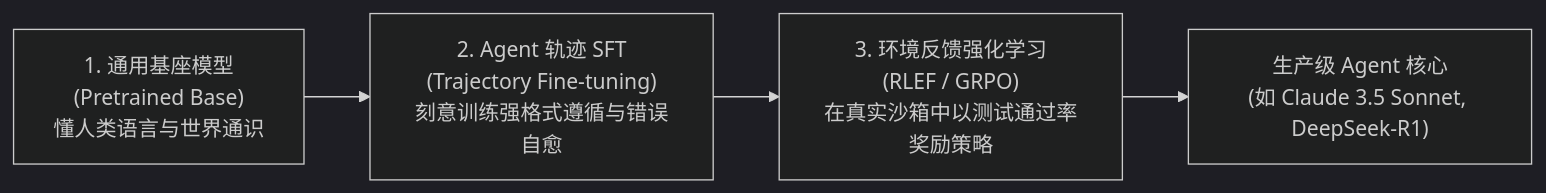
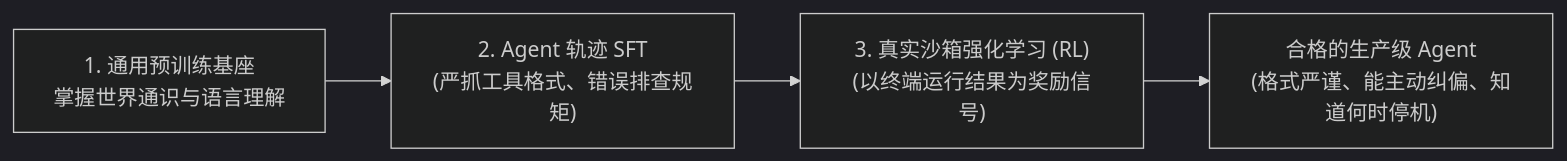
The third of 3 diagrams in app/ch08-post-training/01-why-general-models-fail-agents/page.mdx (ljh12138164/ai-agent-study), drawn with Mermaid (dark theme) before and after one commit. The commit also changed other lines of this file and 43 other files, not shown here.

````diff
--- a/app/ch08-post-training/01-why-general-models-fail-agents/page.mdx
+++ b/app/ch08-post-training/01-why-general-models-fail-agents/page.mdx
@@ -66,6 +71,7 @@
 ```mermaid
-graph LR
-    Base["1. 通用基座模型<br/>(Pretrained Base)<br/>懂人类语言与世界通识"] --> AgentSFT["2. Agent 轨迹 SFT<br/>(Trajectory Fine-tuning)<br/>刻意训练强格式遵循与错误自愈"]
-    AgentSFT --> AgentRL["3. 环境反馈强化学习<br/>(RLEF / GRPO)<br/>在真实沙箱中以测试通过率奖励策略"]
-    AgentRL --> Expert["生产级 Agent 核心<br/>(如 Claude 3.5 Sonnet, DeepSeek-R1)"]
+flowchart LR
+    Base["1. 通用预训练基座<br/>掌握世界通识与语言理解"] 
+    --> SFT["2. Agent 轨迹 SFT<br/>(严抓工具格式、错误排查规矩)"]
+    --> RL["3. 真实沙箱强化学习 (RL)<br/>(以终端运行结果为奖励信号)"]
+    --> Ready["合格的生产级 Agent<br/>(格式严谨、能主动纠偏、知道何时停机)"]
 ```
````
